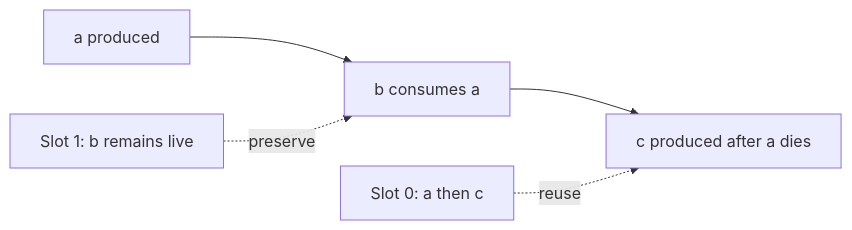
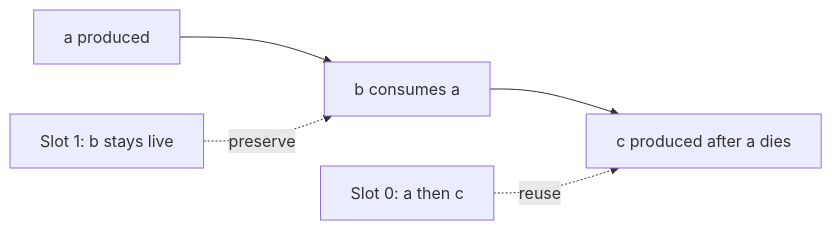
One commit to rayhankhilji/ForgeML changed the third of 5 diagrams in README.md. Above: the diagram before and after it, drawn with Mermaid. The commit also changed other lines of this file and 3 other files, not shown here.

````diff
--- a/README.md
+++ b/README.md
@@ -277,7 +298,7 @@
 ```mermaid
 flowchart LR
     A[a produced] --> B[b consumes a]
     B --> C[c produced after a dies]
     S0[Slot 0: a then c] -. reuse .-> C
-    S1[Slot 1: b remains live] -. preserve .-> B
+    S1[Slot 1: b stays live] -. preserve .-> B
 ```
````
